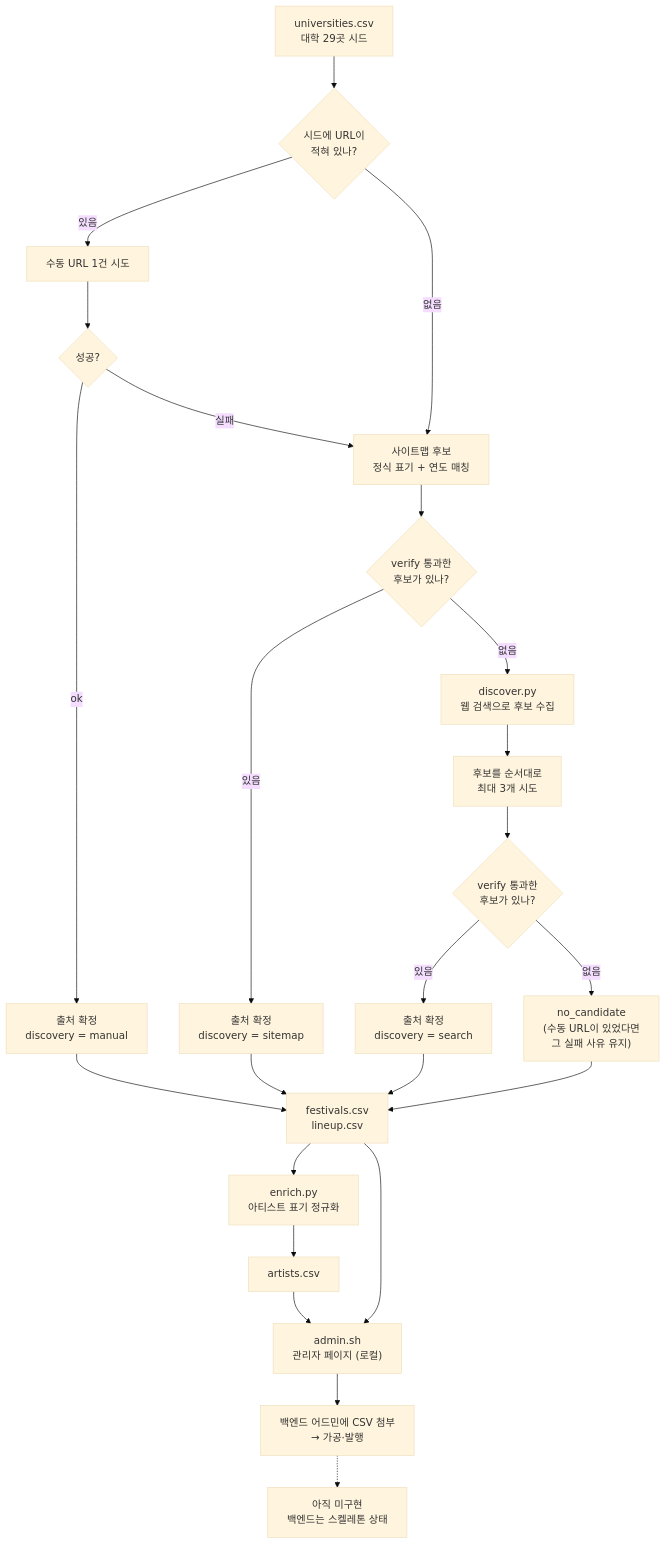
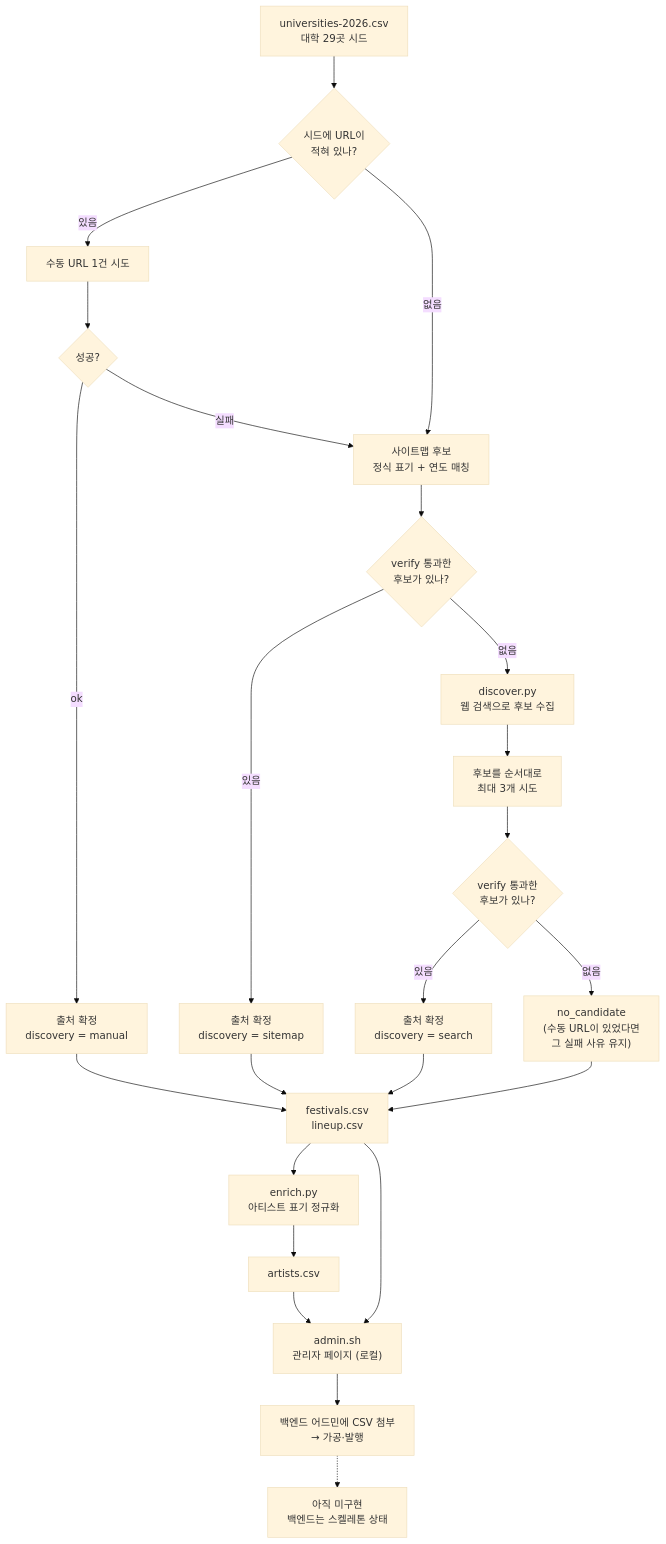
Before and after one commit to greedy-team/festa-crawler: the first of 4 diagrams in README.md, drawn with Mermaid (base theme). The commit also changed other lines of this file and 1 other file, not shown here.

````diff
--- a/README.md
+++ b/README.md
@@ -13,34 +13,34 @@
 ```mermaid
 flowchart TD
-    seed["universities.csv<br/>대학 29곳 시드"] --> has{"시드에 URL이<br/>적혀 있나?"}
+    seed["universities-2026.csv<br/>대학 29곳 시드"] --> has{"시드에 URL이<br/>적혀 있나?"}
 
     has -->|"있음"| manual["수동 URL 1건 시도"]
     has -->|"없음"| sm
 
     manual --> mok{"성공?"}
     mok -->|"ok"| adopted["출처 확정<br/>discovery = manual"]
     mok -->|"실패"| sm["사이트맵 후보<br/>정식 표기 + 연도 매칭"]
 
     sm --> smok{"verify 통과한<br/>후보가 있나?"}
     smok -->|"있음"| adoptedM["출처 확정<br/>discovery = sitemap"]
     smok -->|"없음"| search["discover.py<br/>웹 검색으로 후보 수집"]
 
     search --> cand["후보를 순서대로<br/>최대 3개 시도"]
     cand --> cok{"verify 통과한<br/>후보가 있나?"}
     cok -->|"있음"| adoptedS["출처 확정<br/>discovery = search"]
     cok -->|"없음"| failed["no_candidate<br/>(수동 URL이 있었다면<br/>그 실패 사유 유지)"]
 
     adopted --> csv["festivals.csv<br/>lineup.csv"]
     adoptedM --> csv
     adoptedS --> csv
     failed --> csv
 
     csv --> enrich["enrich.py<br/>아티스트 표기 정규화"]
     enrich --> artists["artists.csv"]
 
     csv --> review["admin.sh<br/>관리자 페이지 (로컬)"]
     artists --> review
     review --> admin["백엔드 어드민에 CSV 첨부<br/>→ 가공·발행"]
 
     admin -.-> note["아직 미구현<br/>백엔드는 스켈레톤 상태"]
 ```
````
